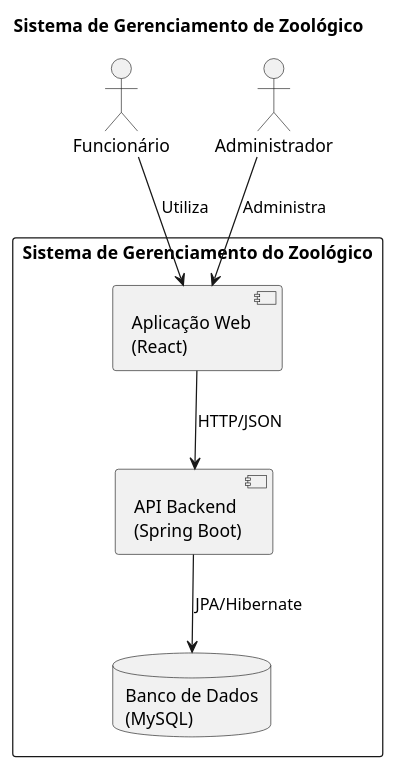
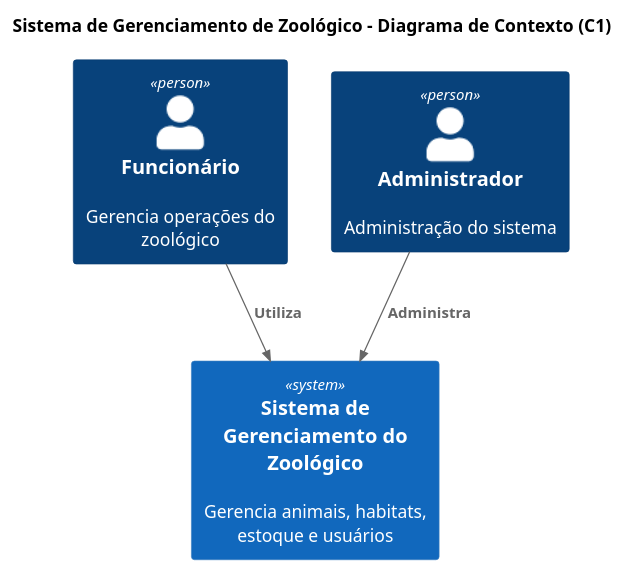
The diagram in Diagramas TCC/Diagrama de Contexto.puml (vinicius-gomes-cruz/TCC-ZOO-2026), drawn with PlantUML before and after one commit. The commit also changed 2 other files, not shown here.

Commit message:
Ajuste dos Diagramas usando Include do C4 Model

```diff
--- a/Diagramas TCC/Diagrama de Contexto.puml
+++ b/Diagramas TCC/Diagrama de Contexto.puml
@@ -1,23 +1,16 @@
 @startuml
-title Sistema de Gerenciamento de Zoológico
+!include https://raw.githubusercontent.com/plantuml-stdlib/C4-PlantUML/master/C4_Component.puml
+title Sistema de Gerenciamento de Zoológico - Diagrama de Contexto (C1)
 
-' Atores
-actor "Funcionário" as Funcionario
-actor "Administrador" as Administrador
+' Atores / Pessoas
+Person(Funcionario, "Funcionário", "Gerencia operações do zoológico")
+Person(Administrador, "Administrador", "Administração do sistema")
 
-' Sistema
-rectangle "Sistema de Gerenciamento do Zoológico" {
+' Sistema principal
+System(Sistema, "Sistema de Gerenciamento do Zoológico", "Gerencia animais, habitats, estoque e usuários")
 
-    component "Aplicação Web\n(React)" as WebApp
-    component "API Backend\n(Spring Boot)" as API
-    database "Banco de Dados\n(MySQL)" as DB
-
-    WebApp --> API : HTTP/JSON
-    API --> DB : JPA/Hibernate
-}
-
-' Relações com atores
-Funcionario --> WebApp : Utiliza
-Administrador --> WebApp : Administra
+' Relacionamentos
+Rel(Funcionario, Sistema, "Utiliza")
+Rel(Administrador, Sistema, "Administra")
 
 @enduml
```
